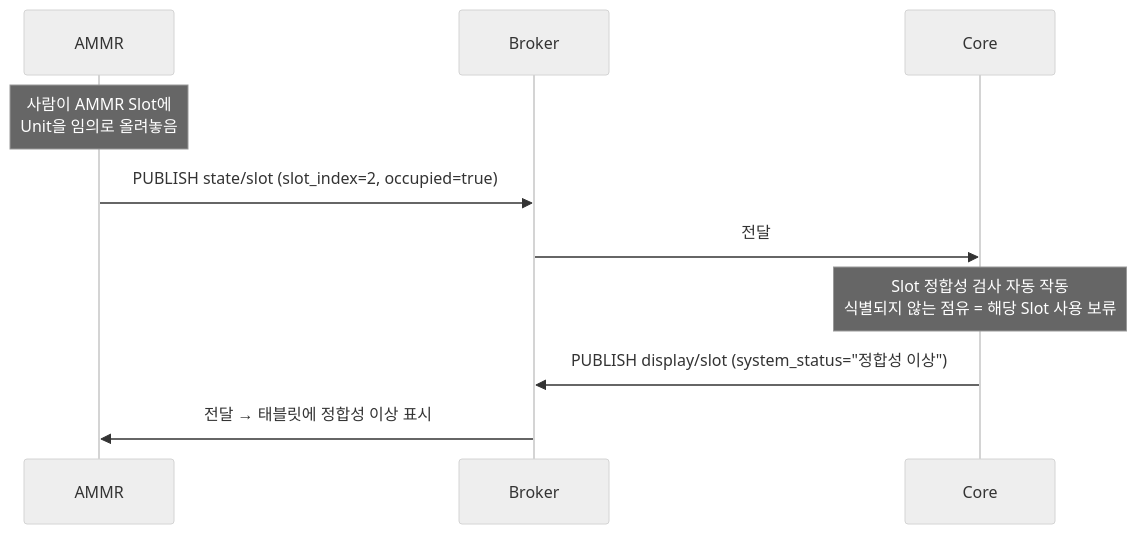
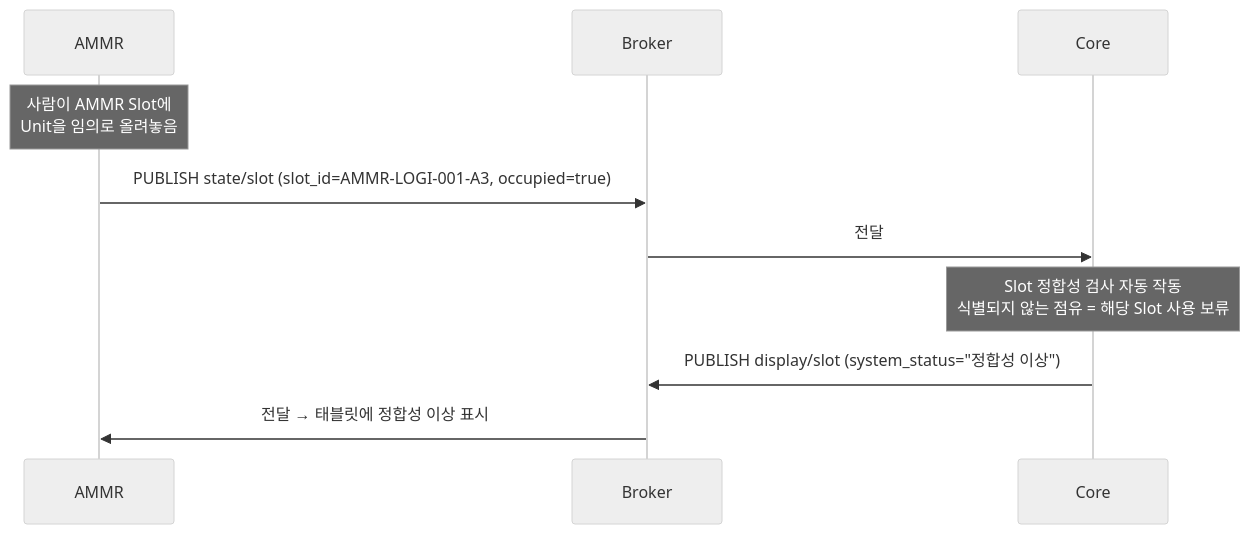
One commit to kimminsu0315/Core-Docs changed the ninth of 13 diagrams in docs/out/Core_ICD_AMMR.md. Above: the diagram before and after it, drawn with Mermaid (neutral theme). The commit also changed other lines of this file and 9 other files, not shown here.

````diff
--- a/docs/out/Core_ICD_AMMR.md
+++ b/docs/out/Core_ICD_AMMR.md
@@ -1104,13 +1104,13 @@
 ```mermaid
 sequenceDiagram
     participant A as AMMR
     participant B as Broker
     participant C as Core
 
     Note over A: 사람이 AMMR Slot에<br/>Unit을 임의로 올려놓음
-    A->>B: PUBLISH state/slot (slot_index=2, occupied=true)
+    A->>B: PUBLISH state/slot (slot_id=AMMR-LOGI-001-A3, occupied=true)
     B->>C: 전달
     Note over C: Slot 정합성 검사 자동 작동<br/>식별되지 않는 점유 = 해당 Slot 사용 보류
     C->>B: PUBLISH display/slot (system_status="정합성 이상")
     B->>A: 전달 → 태블릿에 정합성 이상 표시
 ```
````
